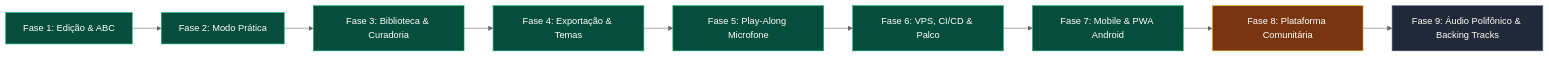
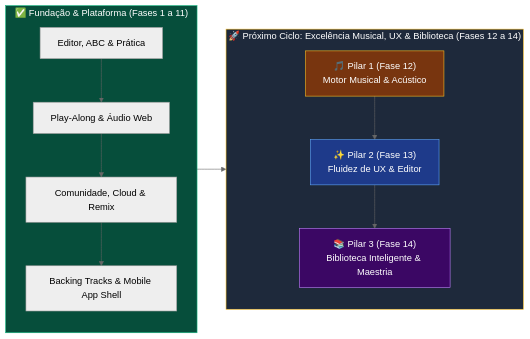
The diagram in ROADMAP.md (xfox26/Whistle-Tab-Editor), drawn with Mermaid (neutral theme) before and after one commit. The commit also changed other lines of this file, not shown here.

Commit message:
docs: reestruturar roadmap com fases 12 a 14 separadas pelos pilares musical, ux e biblioteca

````diff
--- a/ROADMAP.md
+++ b/ROADMAP.md
@@ -11,21 +11,21 @@
 ```mermaid
 flowchart LR
-    A["Fase 1: Edição & ABC"] --> B["Fase 2: Modo Prática"]
-    B --> C["Fase 3: Biblioteca & Curadoria"]
-    C --> D["Fase 4: Exportação & Temas"]
-    D --> E["Fase 5: Play-Along Microfone"]
-    E --> F["Fase 6: VPS, CI/CD & Palco"]
-    F --> G["Fase 7: Mobile & PWA Android"]
-    G --> H["Fase 8: Plataforma Comunitária"]
-    H --> I["Fase 9: Áudio Polifônico & Backing Tracks"]
-    
-    style A fill:#064e3b,stroke:#10b981,color:#fff
-    style B fill:#064e3b,stroke:#10b981,color:#fff
-    style C fill:#064e3b,stroke:#10b981,color:#fff
-    style D fill:#064e3b,stroke:#10b981,color:#fff
-    style E fill:#064e3b,stroke:#10b981,color:#fff
-    style F fill:#064e3b,stroke:#10b981,color:#fff
-    style G fill:#064e3b,stroke:#10b981,color:#fff
-    style H fill:#78350f,stroke:#fbbf24,color:#fff
-    style I fill:#1f2937,stroke:#6b7280,color:#fff
+    subgraph Fundacao["✅ Fundação & Plataforma (Fases 1 a 11)"]
+        F1["Editor, ABC & Prática"] --> F2["Play-Along & Áudio Web"]
+        F2 --> F3["Comunidade, Cloud & Remix"]
+        F3 --> F4["Backing Tracks & Mobile App Shell"]
+    end
+
+    subgraph Evolucao["🚀 Próximo Ciclo: Excelência Musical, UX & Biblioteca (Fases 12 a 14)"]
+        P1["🎵 Pilar 1 (Fase 12)\nMotor Musical & Acústico"] --> P2["✨ Pilar 2 (Fase 13)\nFluidez de UX & Editor"]
+        P2 --> P3["📚 Pilar 3 (Fase 14)\nBiblioteca Inteligente & Maestria"]
+    end
+
+    Fundacao --> Evolucao
+
+    style Fundacao fill:#064e3b,stroke:#10b981,color:#fff
+    style Evolucao fill:#1e293b,stroke:#fbbf24,color:#fff
+    style P1 fill:#78350f,stroke:#fbbf24,color:#fff
+    style P2 fill:#1e3a8a,stroke:#60a5fa,color:#fff
+    style P3 fill:#3b0764,stroke:#c084fc,color:#fff
 ```
````
